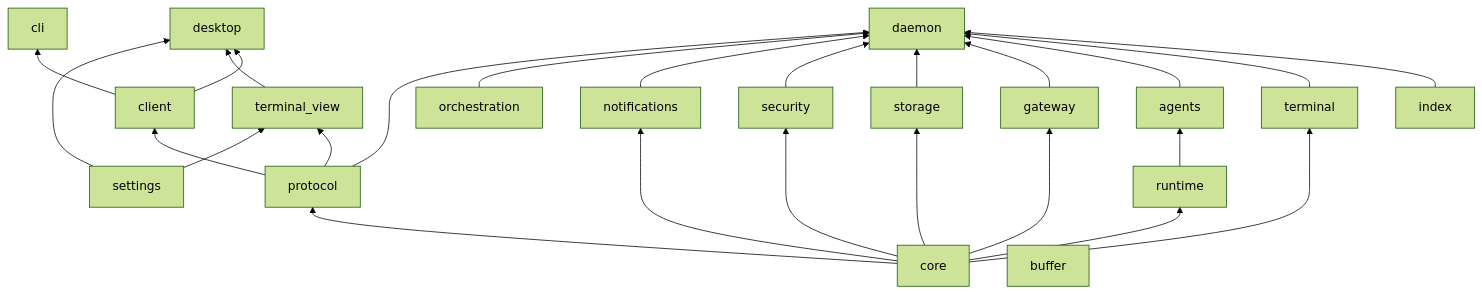
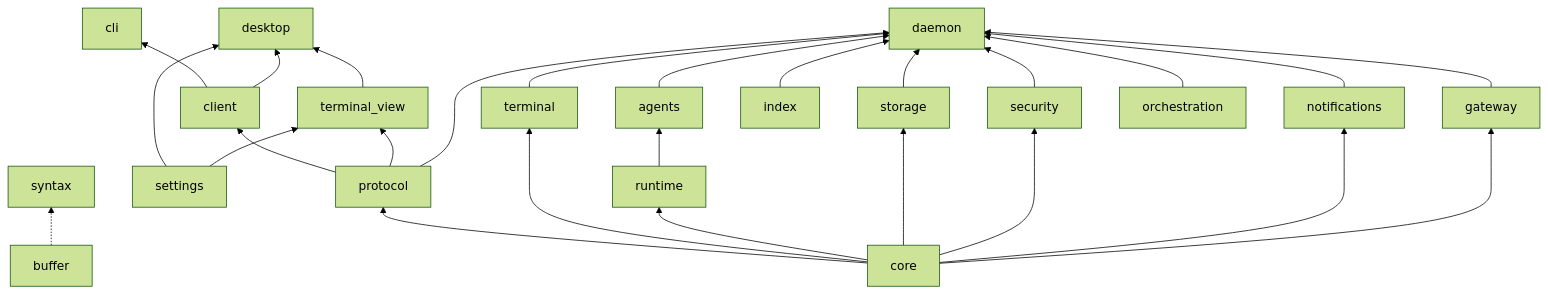
The second of 6 diagrams in docs/architecture.md (robertt3kuk/hutan), drawn with Mermaid (forest theme) before and after one commit. The commit also changed other lines of this file and 135 other files, not shown here.

````diff
--- a/docs/architecture.md
+++ b/docs/architecture.md
@@ -56,17 +57,18 @@
 ```mermaid
 flowchart BT
   core --> protocol
   protocol --> client
   client --> cli
   client --> desktop
   protocol --> terminal_view --> desktop
   settings --> desktop
   settings --> terminal_view
   core --> terminal & runtime & storage & security & notifications
   buffer
+  buffer -.-> syntax
   index --> daemon
   runtime --> agents
   core --> gateway
   terminal & agents & gateway & storage & security & notifications & orchestration --> daemon
   protocol --> daemon
 ```
````
